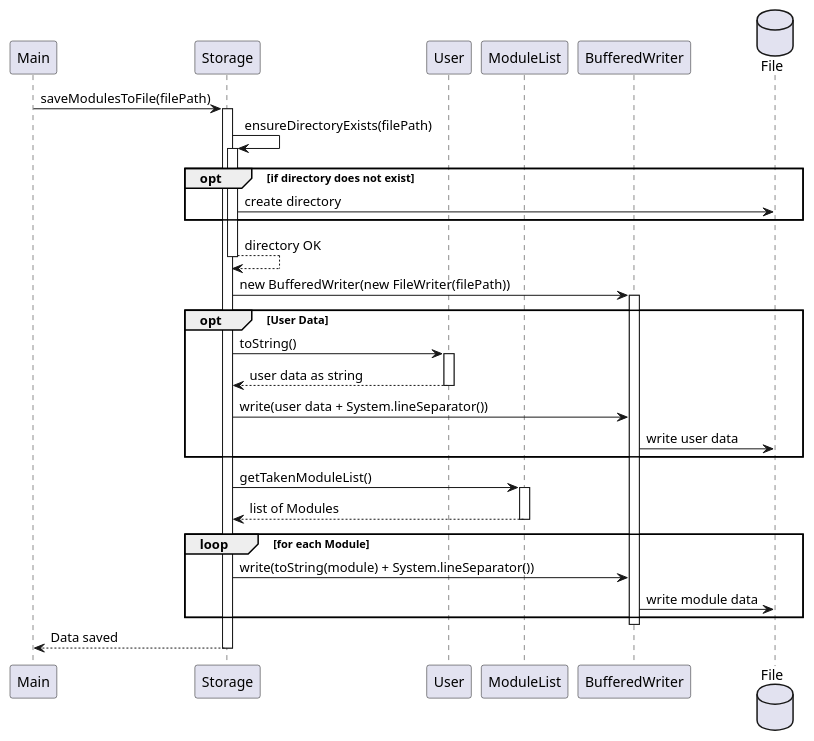
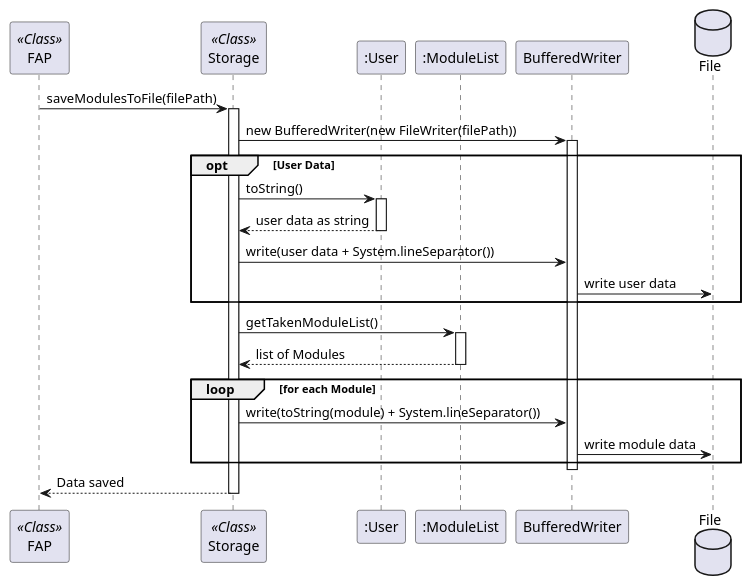
One commit to fungg0/tp changed the diagram in docs/diagrams/StorageSequenceDiagram.puml. Above: the diagram before and after it, drawn with PlantUML. The commit also changed 1 other file, not shown here.

Commit message:
Update Storage Sequence Diagram

```diff
--- a/docs/diagrams/StorageSequenceDiagram.puml
+++ b/docs/diagrams/StorageSequenceDiagram.puml
@@ -1,46 +1,38 @@
 @startuml
-participant "Main" as Main
-participant "Storage" as Storage
-participant "User" as User
-participant "ModuleList" as ModuleList
+participant FAP as FAP <<Class>>
+participant "Storage" as Storage <<Class>>
+participant ":User" as User
+participant ":ModuleList" as ModuleList
 participant "BufferedWriter" as BW
 database "File" as File
 
-Main -> Storage : saveModulesToFile(filePath)
+FAP -> Storage : saveModulesToFile(filePath)
 activate Storage
-
-Storage -> Storage : ensureDirectoryExists(filePath)
-activate Storage
-opt if directory does not exist
-Storage -> File : create directory
-end
-Storage --> Storage : directory OK
-deactivate Storage
 
 Storage -> BW : new BufferedWriter(new FileWriter(filePath))
 activate BW
 
 opt User Data
     Storage -> User : toString()
     activate User
     User --> Storage : user data as string
     deactivate User
     Storage -> BW : write(user data + System.lineSeparator())
     BW -> File : write user data
 end
 
 Storage -> ModuleList : getTakenModuleList()
 activate ModuleList
 ModuleList --> Storage : list of Modules
 deactivate ModuleList
 
 loop for each Module
     Storage -> BW : write(toString(module) + System.lineSeparator())
     BW -> File : write module data
 end
 
 deactivate BW
-Storage --> Main : Data saved
+Storage --> FAP : Data saved
 deactivate Storage
 
 @enduml
```
